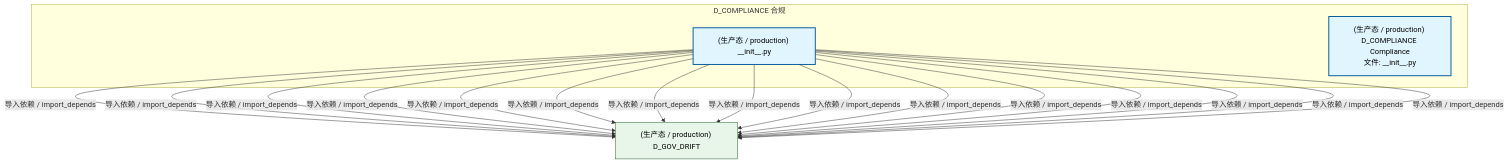
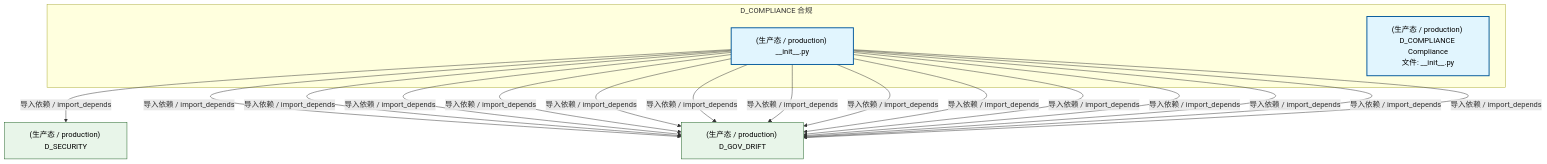
One commit to xuanFelixVan/ZephyrAlpha changed the first of 3 diagrams in docs/02_enterprise_architecture/02_domain_architecture_docs/38_d_compliance.md. Above: the diagram before and after it, drawn with Mermaid. The commit also changed other lines of this file and 79 other files, not shown here.

````diff
--- a/docs/02_enterprise_architecture/02_domain_architecture_docs/38_d_compliance.md
+++ b/docs/02_enterprise_architecture/02_domain_architecture_docs/38_d_compliance.md
@@ -67,29 +67,30 @@
 ```mermaid
 graph TD
     subgraph D_COMPLIANCE["D_COMPLIANCE 合规"]
         src_zephyr_compliance_behavioral_auditor_init_py["(生产态 / production) __init__.py"]
         src_zephyr_compliance_zero_knowledge_audit_stub_init_py["(生产态 / production) D_COMPLIANCE Compliance<br/>文件: __init__.py"]
     end
+    D_SECURITY["(生产态 / production) D_SECURITY"]
+    src_zephyr_compliance_behavioral_auditor_init_py -->|导入依赖 / import_depends| D_SECURITY
     D_GOV_DRIFT["(生产态 / production) D_GOV_DRIFT"]
-    src_zephyr_compliance_behavioral_auditor_init_py -->|导入依赖 / import_depends| D_GOV_DRIFT
     src_zephyr_compliance_behavioral_auditor_init_py -->|导入依赖 / import_depends| D_GOV_DRIFT
     src_zephyr_compliance_behavioral_auditor_init_py -->|导入依赖 / import_depends| D_GOV_DRIFT
     src_zephyr_compliance_behavioral_auditor_init_py -->|导入依赖 / import_depends| D_GOV_DRIFT
     src_zephyr_compliance_behavioral_auditor_init_py -->|导入依赖 / import_depends| D_GOV_DRIFT
     src_zephyr_compliance_behavioral_auditor_init_py -->|导入依赖 / import_depends| D_GOV_DRIFT
     src_zephyr_compliance_behavioral_auditor_init_py -->|导入依赖 / import_depends| D_GOV_DRIFT
     src_zephyr_compliance_behavioral_auditor_init_py -->|导入依赖 / import_depends| D_GOV_DRIFT
     src_zephyr_compliance_behavioral_auditor_init_py -->|导入依赖 / import_depends| D_GOV_DRIFT
     src_zephyr_compliance_behavioral_auditor_init_py -->|导入依赖 / import_depends| D_GOV_DRIFT
     src_zephyr_compliance_behavioral_auditor_init_py -->|导入依赖 / import_depends| D_GOV_DRIFT
     src_zephyr_compliance_behavioral_auditor_init_py -->|导入依赖 / import_depends| D_GOV_DRIFT
     src_zephyr_compliance_behavioral_auditor_init_py -->|导入依赖 / import_depends| D_GOV_DRIFT
     src_zephyr_compliance_behavioral_auditor_init_py -->|导入依赖 / import_depends| D_GOV_DRIFT
     src_zephyr_compliance_behavioral_auditor_init_py -->|导入依赖 / import_depends| D_GOV_DRIFT
     classDef production fill:#e1f5fe,stroke:#01579b,stroke-width:2px,color:#000
     classDef design fill:#fff3e0,stroke:#e65100,stroke-width:2px,color:#000,stroke-dasharray: 5 5
     classDef external_prod fill:#e8f5e9,stroke:#1b5e20,stroke-width:1px,color:#000
     classDef external_design fill:#fce4ec,stroke:#880e4f,stroke-width:1px,color:#000,stroke-dasharray: 5 5
     class src_zephyr_compliance_behavioral_auditor_init_py,src_zephyr_compliance_zero_knowledge_audit_stub_init_py production
-    class D_GOV_DRIFT external_prod
+    class D_SECURITY,D_GOV_DRIFT external_prod
 ```
````
